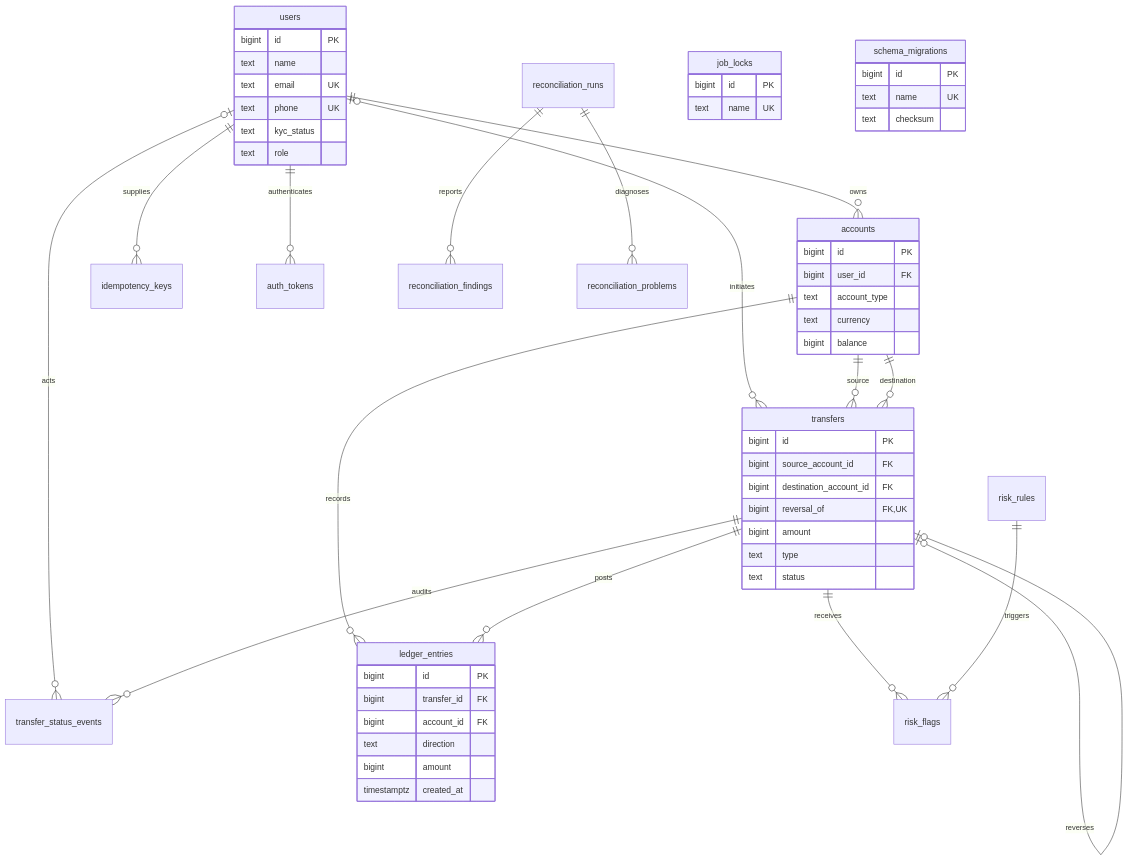
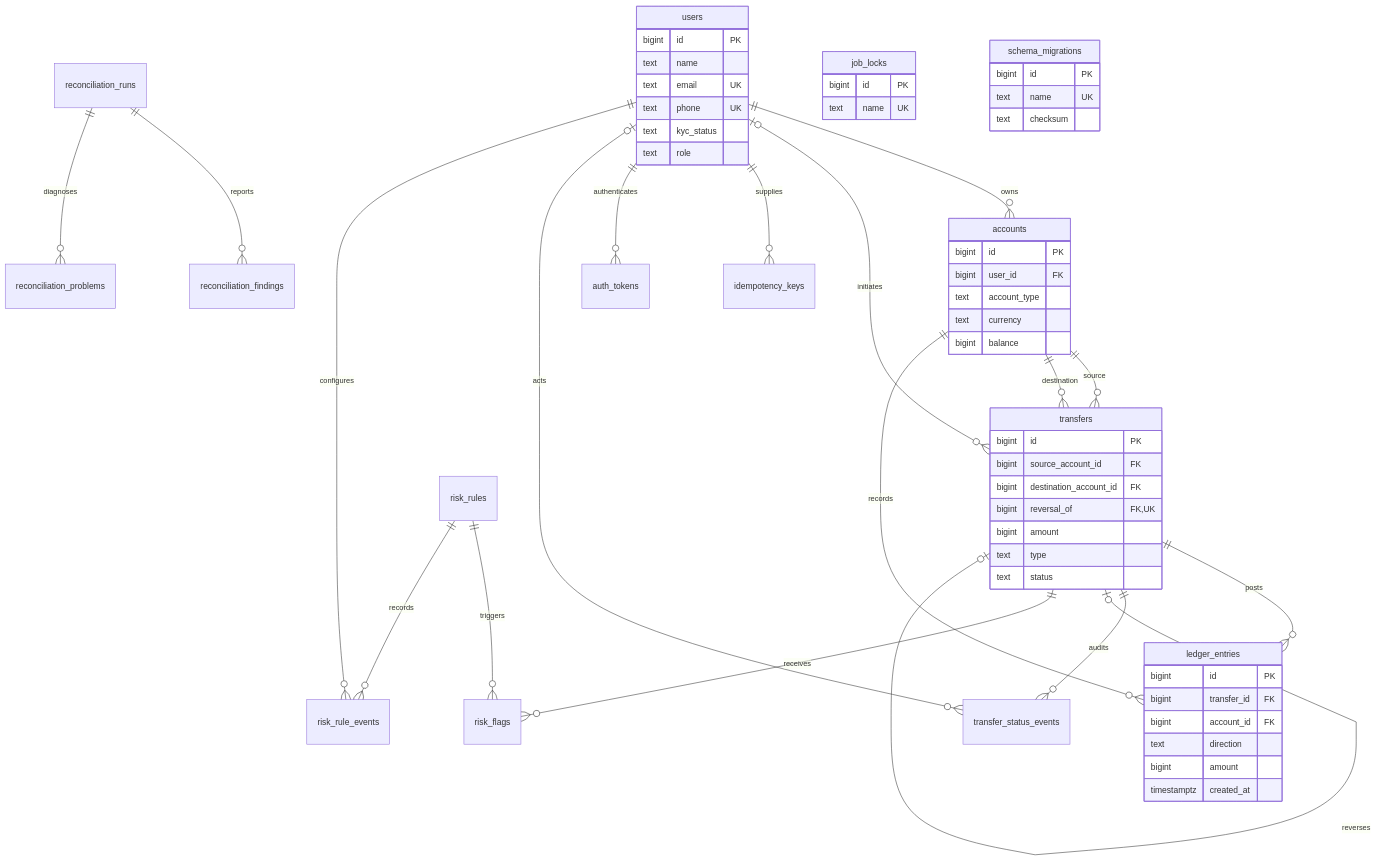
The diagram in docs/schema.md (baigny/Payments-Grade-Wallet-Ledger), drawn with Mermaid before and after one commit. The commit also changed other lines of this file and 13 other files, not shown here.

````diff
--- a/docs/schema.md
+++ b/docs/schema.md
@@ -54,59 +56,61 @@
 ```mermaid
 erDiagram
     users ||--o{ accounts : owns
     users o|--o{ transfers : initiates
     users ||--o{ idempotency_keys : supplies
     users ||--o{ auth_tokens : authenticates
     users o|--o{ transfer_status_events : acts
     accounts ||--o{ transfers : source
     accounts ||--o{ transfers : destination
     accounts ||--o{ ledger_entries : records
     transfers ||--o{ ledger_entries : posts
     transfers ||--o{ transfer_status_events : audits
     transfers o|--o| transfers : reverses
     transfers ||--o{ risk_flags : receives
     risk_rules ||--o{ risk_flags : triggers
+    risk_rules ||--o{ risk_rule_events : records
+    users ||--o{ risk_rule_events : configures
     reconciliation_runs ||--o{ reconciliation_findings : reports
     reconciliation_runs ||--o{ reconciliation_problems : diagnoses
     users {
         bigint id PK
         text name
         text email UK
         text phone UK
         text kyc_status
         text role
     }
     accounts {
         bigint id PK
         bigint user_id FK
         text account_type
         text currency
         bigint balance
     }
     transfers {
         bigint id PK
         bigint source_account_id FK
         bigint destination_account_id FK
         bigint reversal_of FK,UK
         bigint amount
         text type
         text status
     }
     ledger_entries {
         bigint id PK
         bigint transfer_id FK
         bigint account_id FK
         text direction
         bigint amount
         timestamptz created_at
     }
     job_locks {
         bigint id PK
         text name UK
     }
     schema_migrations {
         bigint id PK
         text name UK
         text checksum
     }
 ```
````
